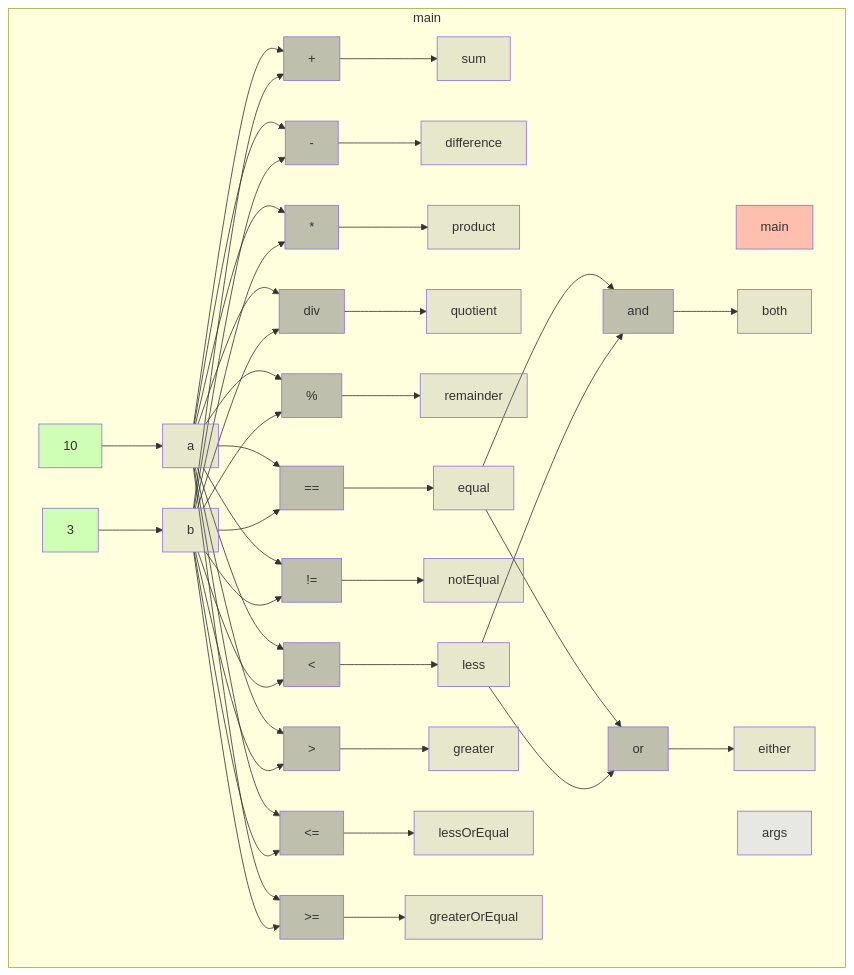
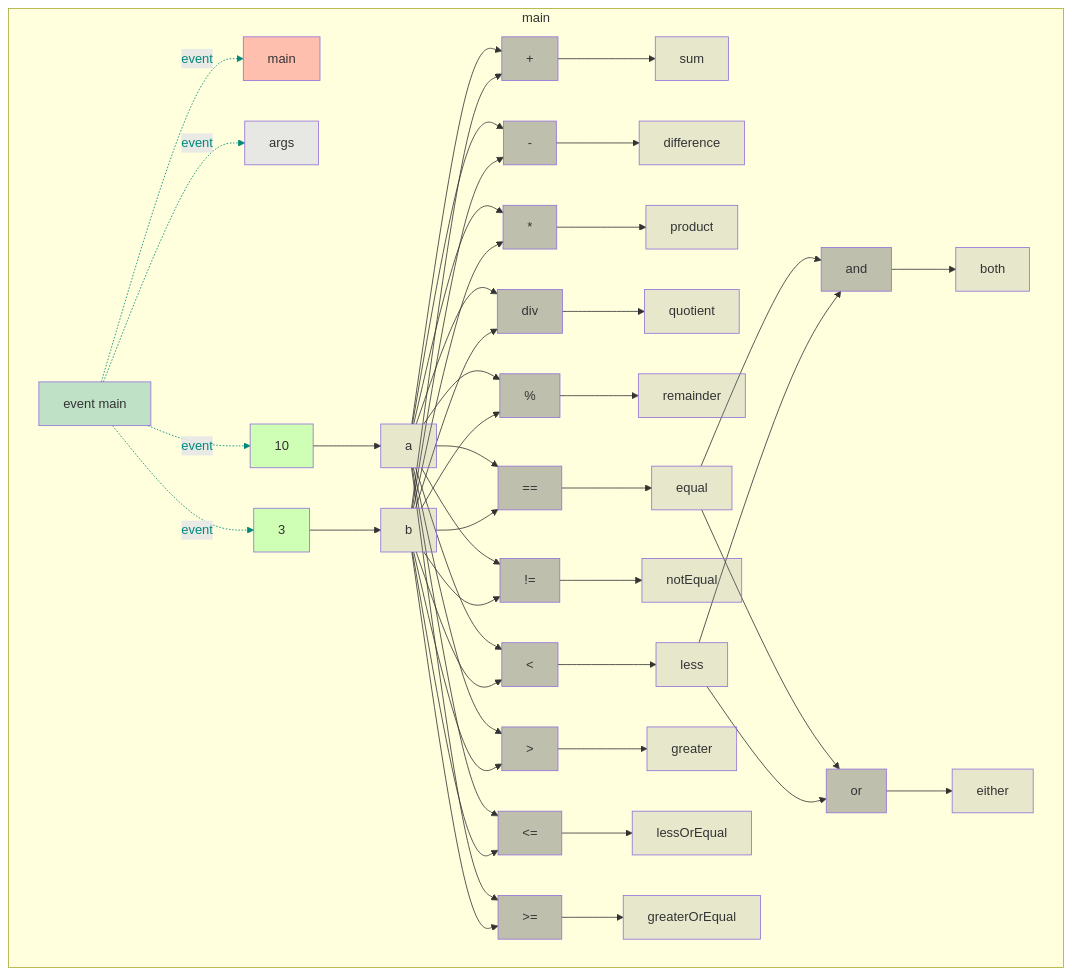
Before and after one commit to gstiebler/codeflow: the diagram in app/src/test/resources/operators/snapshot.md, drawn with Mermaid. The commit also changed 77 other files, not shown here.

````diff
--- a/app/src/test/resources/operators/snapshot.md
+++ b/app/src/test/resources/operators/snapshot.md
@@ -1,80 +1,89 @@
 ```mermaid
 flowchart TD
   subgraph b0["main"]
-    n1[main]:::RETURN
-    n2[args]:::FUNC_PARAM
-    n3[10]:::LITERAL
-    n4[a]:::VARIABLE
-    n5[3]:::LITERAL
-    n6[b]:::VARIABLE
-    n7[+]:::BIN_OP
-    n8[sum]:::VARIABLE
-    n9[-]:::BIN_OP
-    n10[difference]:::VARIABLE
-    n11[*]:::BIN_OP
-    n12[product]:::VARIABLE
-    n13[div]:::BIN_OP
-    n14[quotient]:::VARIABLE
-    n15[%]:::BIN_OP
-    n16[remainder]:::VARIABLE
-    n17[==]:::BIN_OP
-    n18[equal]:::VARIABLE
-    n19[!=]:::BIN_OP
-    n20[notEqual]:::VARIABLE
-    n21[<]:::BIN_OP
-    n22[less]:::VARIABLE
-    n23[>]:::BIN_OP
-    n24[greater]:::VARIABLE
-    n25[<=]:::BIN_OP
-    n26[lessOrEqual]:::VARIABLE
-    n27[>=]:::BIN_OP
-    n28[greaterOrEqual]:::VARIABLE
-    n29[and]:::BIN_OP
-    n30[both]:::VARIABLE
-    n31[or]:::BIN_OP
-    n32[either]:::VARIABLE
-    n3[10]:::LITERAL --> n4[a]:::VARIABLE
-    n4[a]:::VARIABLE --> n7[+]:::BIN_OP
-    n4[a]:::VARIABLE --> n9[-]:::BIN_OP
-    n4[a]:::VARIABLE --> n11[*]:::BIN_OP
-    n4[a]:::VARIABLE --> n13[div]:::BIN_OP
-    n4[a]:::VARIABLE --> n15[%]:::BIN_OP
-    n4[a]:::VARIABLE --> n17[==]:::BIN_OP
-    n4[a]:::VARIABLE --> n19[!=]:::BIN_OP
-    n4[a]:::VARIABLE --> n21[<]:::BIN_OP
-    n4[a]:::VARIABLE --> n23[>]:::BIN_OP
-    n4[a]:::VARIABLE --> n25[<=]:::BIN_OP
-    n4[a]:::VARIABLE --> n27[>=]:::BIN_OP
-    n5[3]:::LITERAL --> n6[b]:::VARIABLE
-    n6[b]:::VARIABLE --> n7[+]:::BIN_OP
-    n6[b]:::VARIABLE --> n9[-]:::BIN_OP
-    n6[b]:::VARIABLE --> n11[*]:::BIN_OP
-    n6[b]:::VARIABLE --> n13[div]:::BIN_OP
-    n6[b]:::VARIABLE --> n15[%]:::BIN_OP
-    n6[b]:::VARIABLE --> n17[==]:::BIN_OP
-    n6[b]:::VARIABLE --> n19[!=]:::BIN_OP
-    n6[b]:::VARIABLE --> n21[<]:::BIN_OP
-    n6[b]:::VARIABLE --> n23[>]:::BIN_OP
-    n6[b]:::VARIABLE --> n25[<=]:::BIN_OP
-    n6[b]:::VARIABLE --> n27[>=]:::BIN_OP
-    n7[+]:::BIN_OP --> n8[sum]:::VARIABLE
-    n9[-]:::BIN_OP --> n10[difference]:::VARIABLE
-    n11[*]:::BIN_OP --> n12[product]:::VARIABLE
-    n13[div]:::BIN_OP --> n14[quotient]:::VARIABLE
-    n15[%]:::BIN_OP --> n16[remainder]:::VARIABLE
-    n17[==]:::BIN_OP --> n18[equal]:::VARIABLE
-    n18[equal]:::VARIABLE --> n29[and]:::BIN_OP
-    n18[equal]:::VARIABLE --> n31[or]:::BIN_OP
-    n19[!=]:::BIN_OP --> n20[notEqual]:::VARIABLE
-    n21[<]:::BIN_OP --> n22[less]:::VARIABLE
-    n22[less]:::VARIABLE --> n29[and]:::BIN_OP
-    n22[less]:::VARIABLE --> n31[or]:::BIN_OP
-    n23[>]:::BIN_OP --> n24[greater]:::VARIABLE
-    n25[<=]:::BIN_OP --> n26[lessOrEqual]:::VARIABLE
-    n27[>=]:::BIN_OP --> n28[greaterOrEqual]:::VARIABLE
-    n29[and]:::BIN_OP --> n30[both]:::VARIABLE
-    n31[or]:::BIN_OP --> n32[either]:::VARIABLE
+    n1[event main]:::EVENT
+    n2[main]:::RETURN
+    n3[args]:::FUNC_PARAM
+    n4[10]:::LITERAL
+    n5[a]:::VARIABLE
+    n6[3]:::LITERAL
+    n7[b]:::VARIABLE
+    n8[+]:::BIN_OP
+    n9[sum]:::VARIABLE
+    n10[-]:::BIN_OP
+    n11[difference]:::VARIABLE
+    n12[*]:::BIN_OP
+    n13[product]:::VARIABLE
+    n14[div]:::BIN_OP
+    n15[quotient]:::VARIABLE
+    n16[%]:::BIN_OP
+    n17[remainder]:::VARIABLE
+    n18[==]:::BIN_OP
+    n19[equal]:::VARIABLE
+    n20[!=]:::BIN_OP
+    n21[notEqual]:::VARIABLE
+    n22[<]:::BIN_OP
+    n23[less]:::VARIABLE
+    n24[>]:::BIN_OP
+    n25[greater]:::VARIABLE
+    n26[<=]:::BIN_OP
+    n27[lessOrEqual]:::VARIABLE
+    n28[>=]:::BIN_OP
+    n29[greaterOrEqual]:::VARIABLE
+    n30[and]:::BIN_OP
+    n31[both]:::VARIABLE
+    n32[or]:::BIN_OP
+    n33[either]:::VARIABLE
+    n1[event main]:::EVENT -. event .-> n2[main]:::RETURN
+    n1[event main]:::EVENT -. event .-> n3[args]:::FUNC_PARAM
+    n1[event main]:::EVENT -. event .-> n4[10]:::LITERAL
+    n1[event main]:::EVENT -. event .-> n6[3]:::LITERAL
+    n4[10]:::LITERAL --> n5[a]:::VARIABLE
+    n5[a]:::VARIABLE --> n8[+]:::BIN_OP
+    n5[a]:::VARIABLE --> n10[-]:::BIN_OP
+    n5[a]:::VARIABLE --> n12[*]:::BIN_OP
+    n5[a]:::VARIABLE --> n14[div]:::BIN_OP
+    n5[a]:::VARIABLE --> n16[%]:::BIN_OP
+    n5[a]:::VARIABLE --> n18[==]:::BIN_OP
+    n5[a]:::VARIABLE --> n20[!=]:::BIN_OP
+    n5[a]:::VARIABLE --> n22[<]:::BIN_OP
+    n5[a]:::VARIABLE --> n24[>]:::BIN_OP
+    n5[a]:::VARIABLE --> n26[<=]:::BIN_OP
+    n5[a]:::VARIABLE --> n28[>=]:::BIN_OP
+    n6[3]:::LITERAL --> n7[b]:::VARIABLE
+    n7[b]:::VARIABLE --> n8[+]:::BIN_OP
+    n7[b]:::VARIABLE --> n10[-]:::BIN_OP
+    n7[b]:::VARIABLE --> n12[*]:::BIN_OP
+    n7[b]:::VARIABLE --> n14[div]:::BIN_OP
+    n7[b]:::VARIABLE --> n16[%]:::BIN_OP
+    n7[b]:::VARIABLE --> n18[==]:::BIN_OP
+    n7[b]:::VARIABLE --> n20[!=]:::BIN_OP
+    n7[b]:::VARIABLE --> n22[<]:::BIN_OP
+    n7[b]:::VARIABLE --> n24[>]:::BIN_OP
+    n7[b]:::VARIABLE --> n26[<=]:::BIN_OP
+    n7[b]:::VARIABLE --> n28[>=]:::BIN_OP
+    n8[+]:::BIN_OP --> n9[sum]:::VARIABLE
+    n10[-]:::BIN_OP --> n11[difference]:::VARIABLE
+    n12[*]:::BIN_OP --> n13[product]:::VARIABLE
+    n14[div]:::BIN_OP --> n15[quotient]:::VARIABLE
+    n16[%]:::BIN_OP --> n17[remainder]:::VARIABLE
+    n18[==]:::BIN_OP --> n19[equal]:::VARIABLE
+    n19[equal]:::VARIABLE --> n30[and]:::BIN_OP
+    n19[equal]:::VARIABLE --> n32[or]:::BIN_OP
+    n20[!=]:::BIN_OP --> n21[notEqual]:::VARIABLE
+    n22[<]:::BIN_OP --> n23[less]:::VARIABLE
+    n23[less]:::VARIABLE --> n30[and]:::BIN_OP
+    n23[less]:::VARIABLE --> n32[or]:::BIN_OP
+    n24[>]:::BIN_OP --> n25[greater]:::VARIABLE
+    n26[<=]:::BIN_OP --> n27[lessOrEqual]:::VARIABLE
+    n28[>=]:::BIN_OP --> n29[greaterOrEqual]:::VARIABLE
+    n30[and]:::BIN_OP --> n31[both]:::VARIABLE
+    n32[or]:::BIN_OP --> n33[either]:::VARIABLE
   end
+  linkStyle 0 stroke:#00897b,color:#00897b
+  linkStyle 1 stroke:#00897b,color:#00897b
+  linkStyle 2 stroke:#00897b,color:#00897b
+  linkStyle 3 stroke:#00897b,color:#00897b
   classDef LITERAL fill:#00FF0030
   classDef VARIABLE fill:#80808030
   classDef BIN_OP fill:#80808080
@@ -82,4 +91,5 @@
   classDef RETURN fill:#FF808080
   classDef EXTERNAL fill:#FFA50040
   classDef UNMODELLED fill:#FF000030,stroke-dasharray: 4 2
+  classDef EVENT fill:#00897B40
 ```
````
